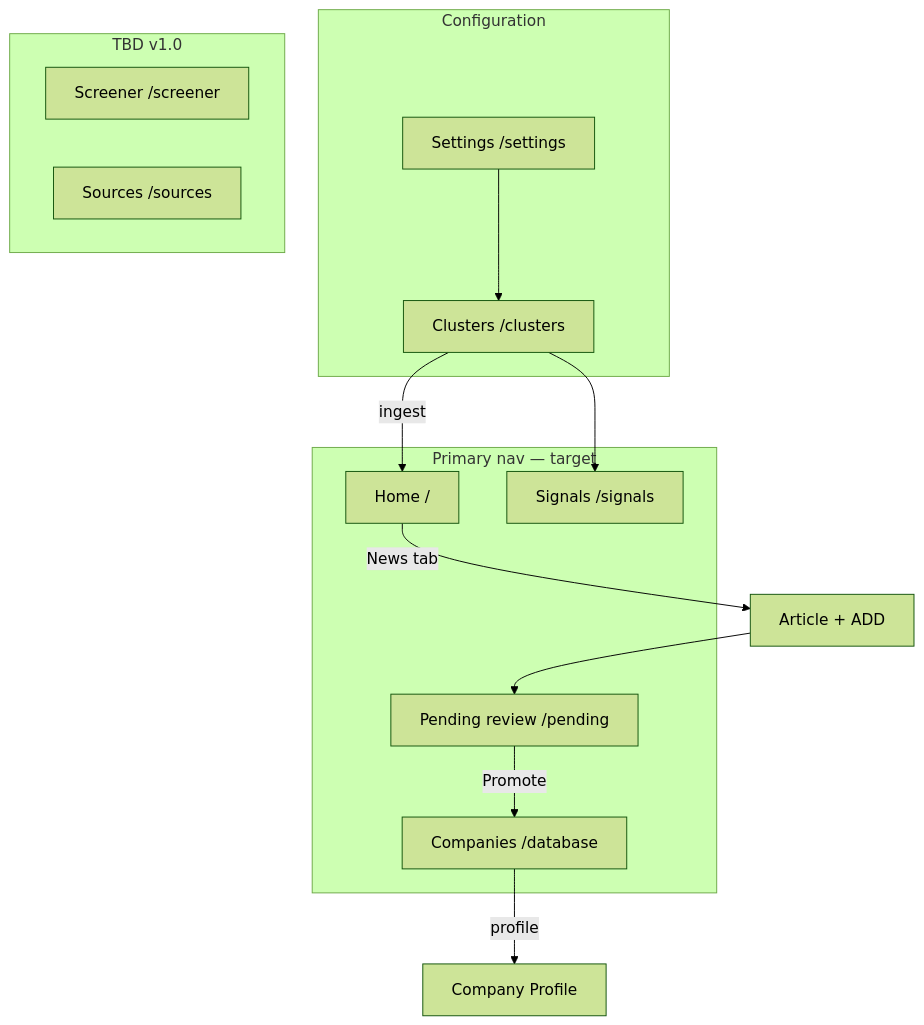
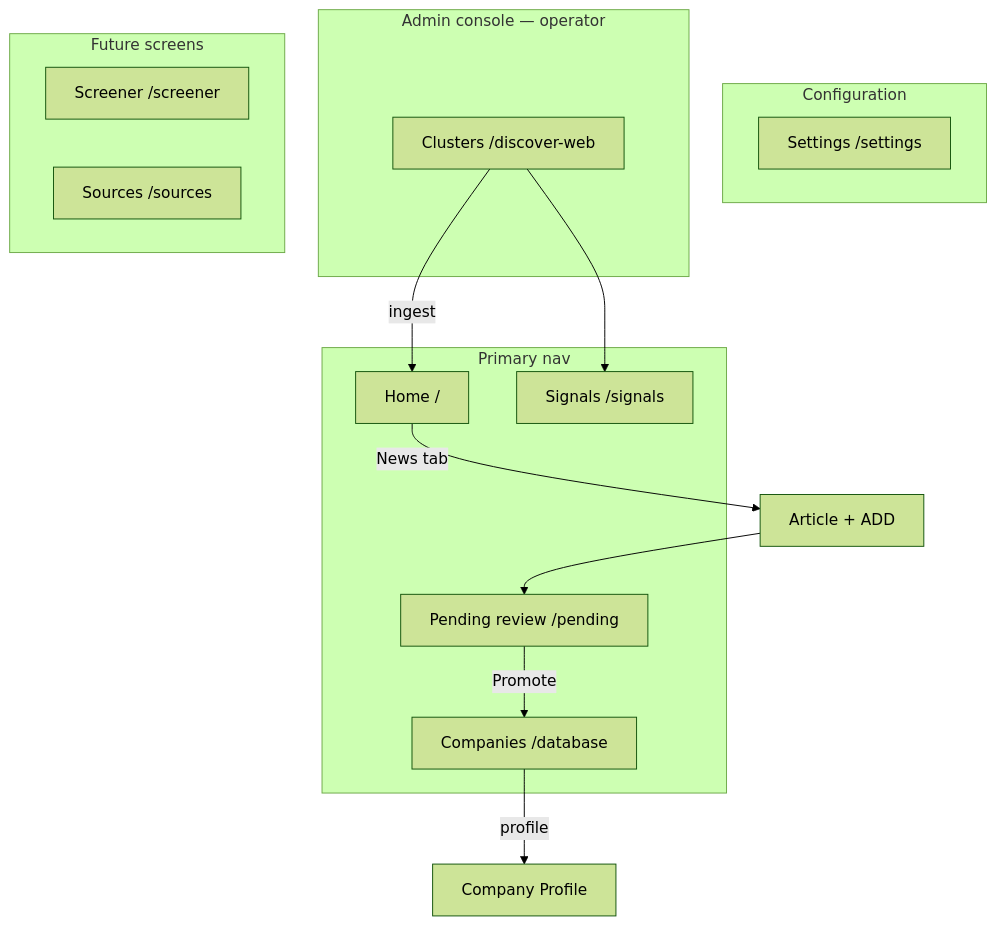
One commit to Growth-Maschine/NORAD-INTEL-ENGINE-V1 changed the diagram in docs/phase-1/P1-05-user.md. Above: the diagram before and after it, drawn with Mermaid (forest theme). The commit also changed other lines of this file and 9 other files, not shown here.

````diff
--- a/docs/phase-1/P1-05-user.md
+++ b/docs/phase-1/P1-05-user.md
@@ -512,27 +377,29 @@
 ```mermaid
 flowchart TB
-    subgraph Primary["Primary nav — target"]
+    subgraph Primary["Primary nav"]
         HOME[Home /]
         SIG[Signals /signals]
         DB[Companies /database]
         PEND[Pending review /pending]
     end
 
     subgraph Configure["Configuration"]
-        CL[Clusters /clusters]
         SET[Settings /settings]
     end
 
-    subgraph TBD["TBD v1.0"]
+    subgraph Admin["Admin console — operator"]
+        CL[Clusters /discover-web]
+    end
+
+    subgraph Future["Future screens"]
         SCR[Screener /screener]
         SRC[Sources /sources]
     end
 
+    CL -->|ingest| HOME
+    CL --> SIG
     HOME -->|News tab| ART[Article + ADD]
     ART --> PEND
     PEND -->|Promote| DB
-    CL -->|ingest| HOME
-    CL --> SIG
-    SET --> CL
     DB -->|profile| PROF[Company Profile]
 ```
````
